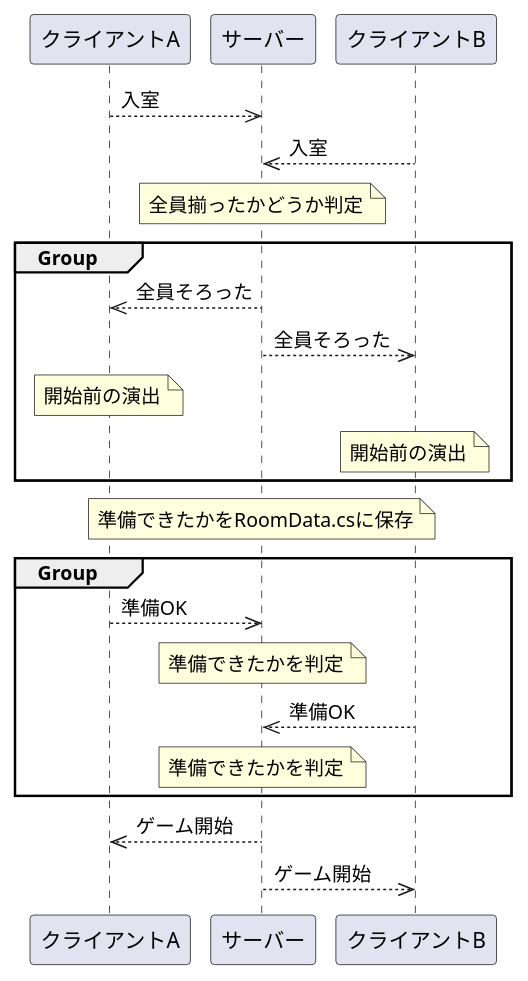
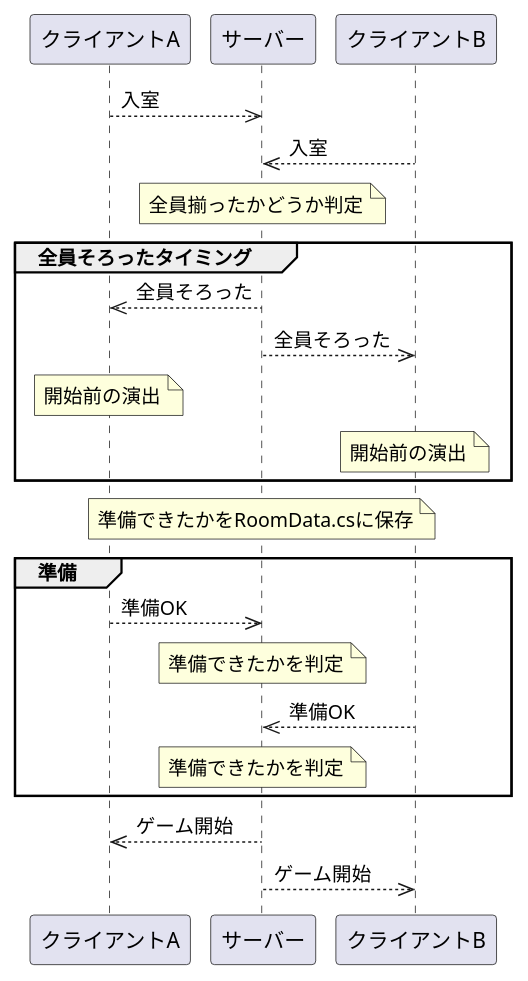
One commit to yuutotakamiya/realtime-game changed the diagram in Document/GameFlow.puml. Above: the diagram before and after it, drawn with PlantUML. The commit also changed 5 other files, not shown here.

Commit message:
ゲーム開始から終了までのシーケンス図完成

```diff
--- a/Document/GameFlow.puml
+++ b/Document/GameFlow.puml
@@ -1,26 +1,32 @@
 @startuml
 'https://plantuml.com/sequence-diagram
+/'入室からゲーム開始までの流れ'/
+
 participant クライアントA
 participant サーバー
 participant クライアントB
 
 クライアントA-->>サーバー:入室
 クライアントB-->>サーバー:入室
 
 note over サーバー:全員揃ったかどうか判定
-group Group
+
+group 全員そろったタイミング
 サーバー-->>クライアントA:全員そろった
 サーバー-->>クライアントB:全員そろった
 note over クライアントA:開始前の演出
 note over クライアントB:開始前の演出
 end group
+
 note over サーバー:準備できたかをRoomData.csに保存
-group Group
+
+group 準備
 クライアントA-->>サーバー:準備OK
 note over サーバー:準備できたかを判定
 クライアントB-->>サーバー:準備OK
 note over サーバー:準備できたかを判定
 end group
+
 サーバー-->>クライアントA:ゲーム開始
 サーバー-->>クライアントB:ゲーム開始
 @enduml
```
